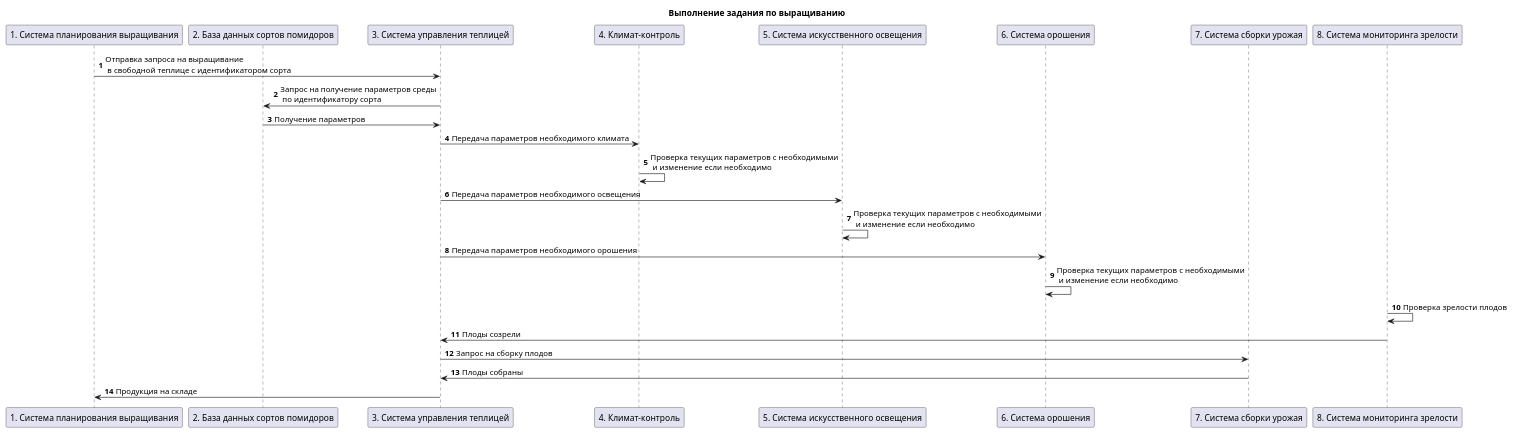
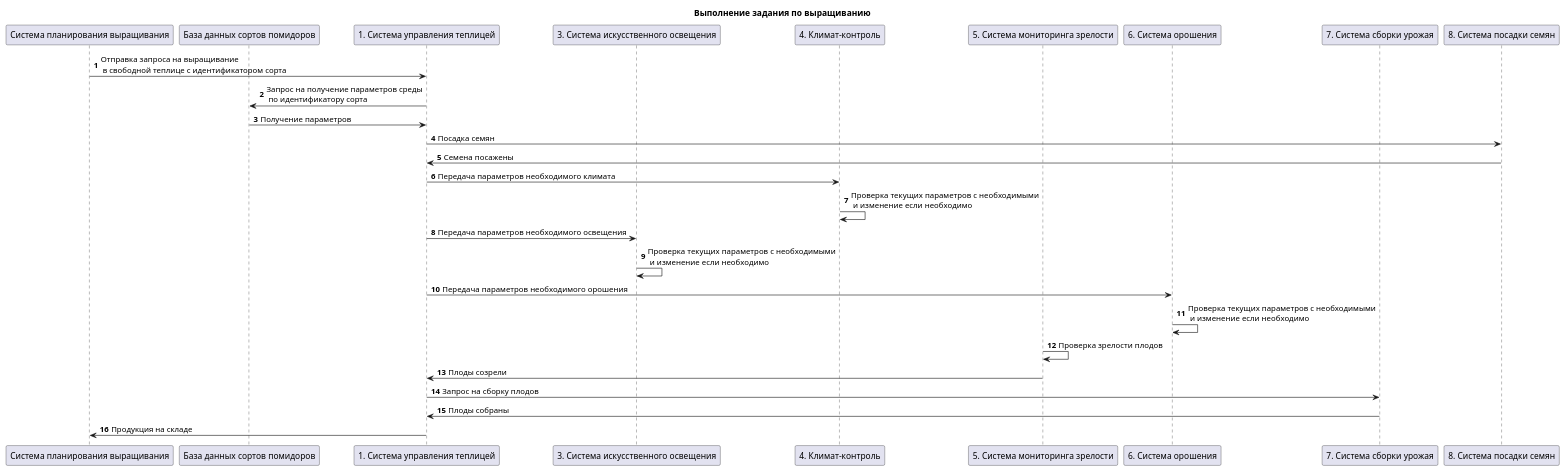
Before and after one commit to LibSyfer/CyberImmunity: the diagram in KP/docs/schemes/greenhouse-proccessing-scheme.wsd, drawn with PlantUML.

Commit message:
Обновлена схема процесса выращивания в теплице

```diff
--- a/KP/docs/schemes/greenhouse-proccessing-scheme.wsd
+++ b/KP/docs/schemes/greenhouse-proccessing-scheme.wsd
@@ -1,38 +1,42 @@
 @startuml "usecases"
 
 title "Выполнение задания по выращиванию"
 
-participant "1. Система планирования выращивания" as growing_manager_system
-participant "2. База данных сортов помидоров" as tomato_db
-participant "3. Система управления теплицей" as greenhouse_manager_system
+participant "Система планирования выращивания" as growing_manager_system
+participant "База данных сортов помидоров" as tomato_db
+participant "1. Система управления теплицей" as greenhouse_manager_system
+participant "3. Система искусственного освещения" as lighting_system
 participant "4. Климат-контроль" as climate_control
-participant "5. Система искусственного освещения" as lighting_system
+participant "5. Система мониторинга зрелости" as maturity_monitoring_system
 participant "6. Система орошения" as irrigation_system
 participant "7. Система сборки урожая" as harvest_system
-participant "8. Система мониторинга зрелости" as maturity_monitoring_system
+participant "8. Система посадки семян" as seed_planting_system
 
 autonumber
 
 growing_manager_system -> greenhouse_manager_system: Отправка запроса на выращивание\n в свободной теплице с идентификатором сорта
 
 greenhouse_manager_system -> tomato_db: Запрос на получение параметров среды\n по идентификатору сорта
 tomato_db -> greenhouse_manager_system: Получение параметров
+
+greenhouse_manager_system -> seed_planting_system: Посадка семян
+seed_planting_system -> greenhouse_manager_system: Семена посажены
 
 greenhouse_manager_system -> climate_control: Передача параметров необходимого климата
 climate_control -> climate_control: Проверка текущих параметров с необходимыми\n и изменение если необходимо
 
 greenhouse_manager_system -> lighting_system: Передача параметров необходимого освещения
 lighting_system -> lighting_system: Проверка текущих параметров с необходимыми\n и изменение если необходимо
 
 greenhouse_manager_system -> irrigation_system: Передача параметров необходимого орошения
 irrigation_system -> irrigation_system: Проверка текущих параметров с необходимыми\n и изменение если необходимо
 
 maturity_monitoring_system -> maturity_monitoring_system: Проверка зрелости плодов
 maturity_monitoring_system -> greenhouse_manager_system: Плоды созрели
 
 greenhouse_manager_system -> harvest_system: Запрос на сборку плодов
 harvest_system -> greenhouse_manager_system: Плоды собраны
 
 greenhouse_manager_system -> growing_manager_system: Продукция на складе
 
 @enduml
```
